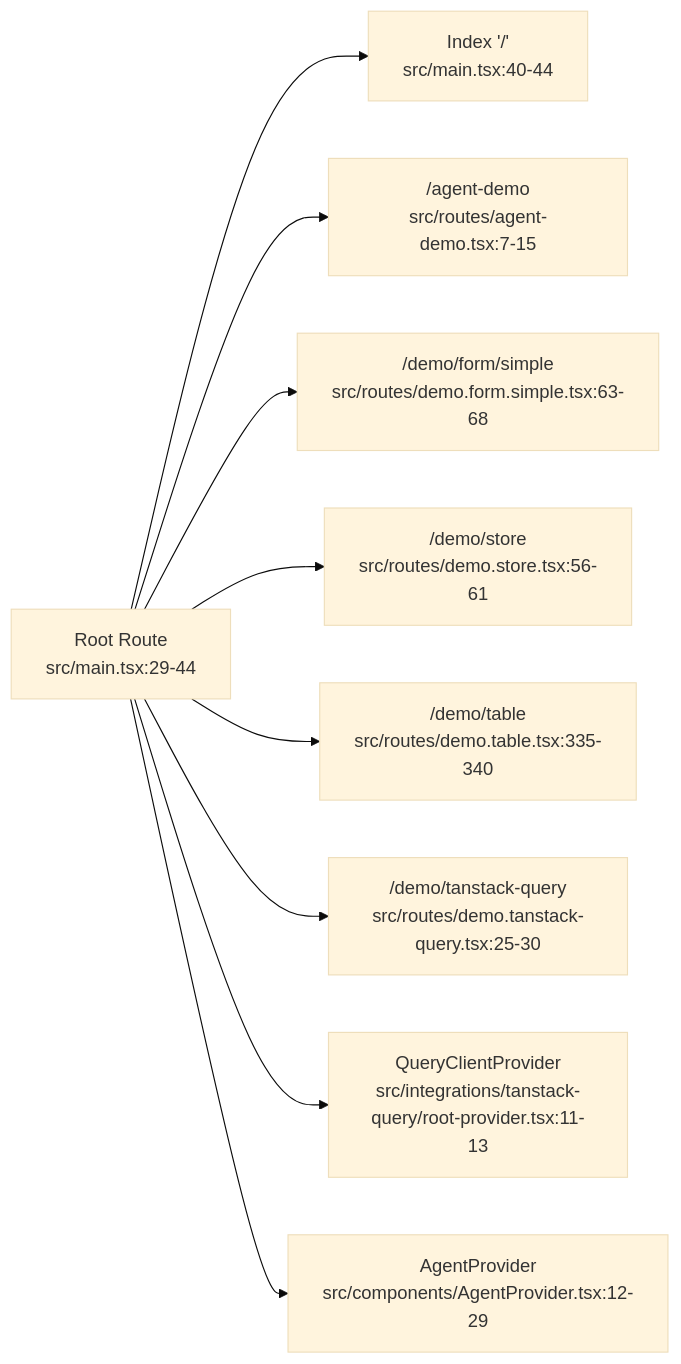
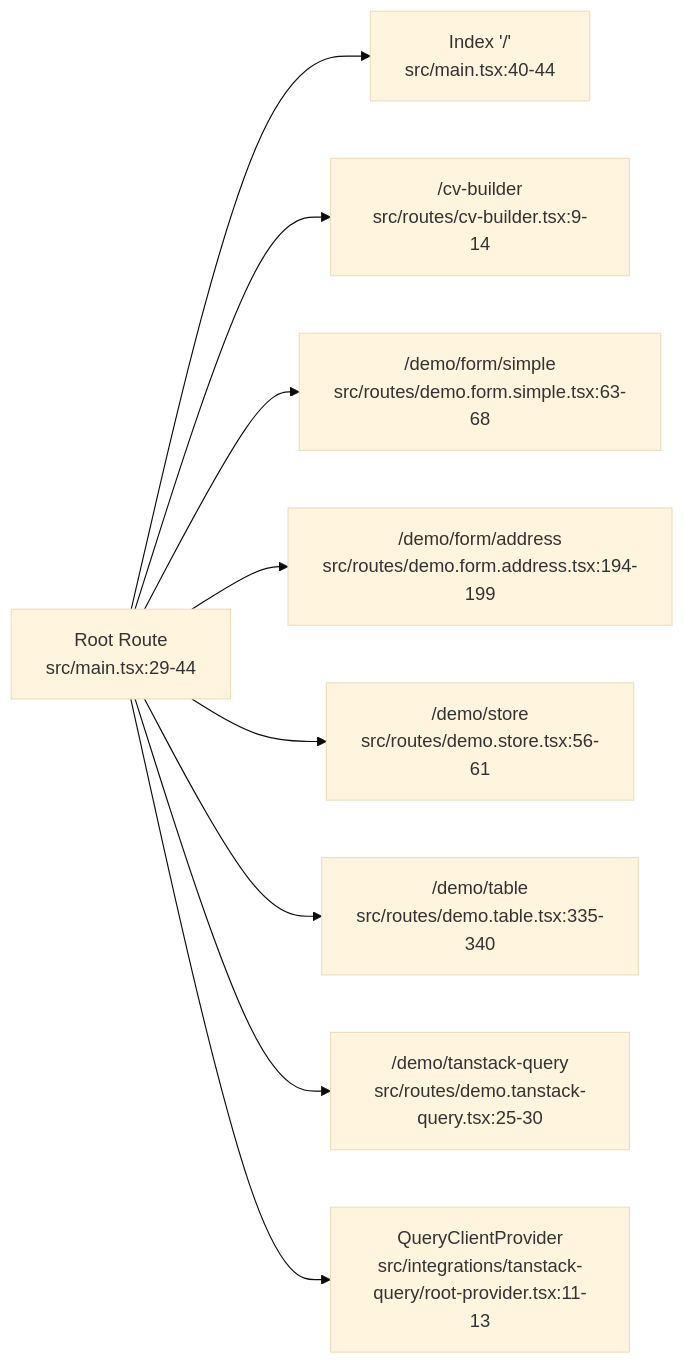
The ninth of 9 diagrams in .qoder/repowiki/en/content/Developer Tools & Examples/Demo Routes & Navigation.md (DoVuDung/cv-portfolio-builder), drawn with Mermaid (base theme) before and after one commit. The commit also changed other lines of this file and 26 other files, not shown here.

First line of the commit message:
docs(agent): update AI Agent System with MCP tool architecture and CV Builder integration

````diff
--- a/.qoder/repowiki/en/content/Developer Tools & Examples/Demo Routes & Navigation.md
+++ b/.qoder/repowiki/en/content/Developer Tools & Examples/Demo Routes & Navigation.md
@@ -287,11 +323,11 @@
 ```mermaid
 graph LR
 Root["Root Route<br/>src/main.tsx:29-44"] --> Index["Index '/'<br/>src/main.tsx:40-44"]
-Root --> Agent["/agent-demo<br/>src/routes/agent-demo.tsx:7-15"]
-Root --> Form["/demo/form/simple<br/>src/routes/demo.form.simple.tsx:63-68"]
+Root --> CV["/cv-builder<br/>src/routes/cv-builder.tsx:9-14"]
+Root --> Form1["/demo/form/simple<br/>src/routes/demo.form.simple.tsx:63-68"]
+Root --> Form2["/demo/form/address<br/>src/routes/demo.form.address.tsx:194-199"]
 Root --> Store["/demo/store<br/>src/routes/demo.store.tsx:56-61"]
 Root --> Table["/demo/table<br/>src/routes/demo.table.tsx:335-340"]
 Root --> Query["/demo/tanstack-query<br/>src/routes/demo.tanstack-query.tsx:25-30"]
 Root --> ProvQ["QueryClientProvider<br/>src/integrations/tanstack-query/root-provider.tsx:11-13"]
-Root --> ProvA["AgentProvider<br/>src/components/AgentProvider.tsx:12-29"]
 ```
````
